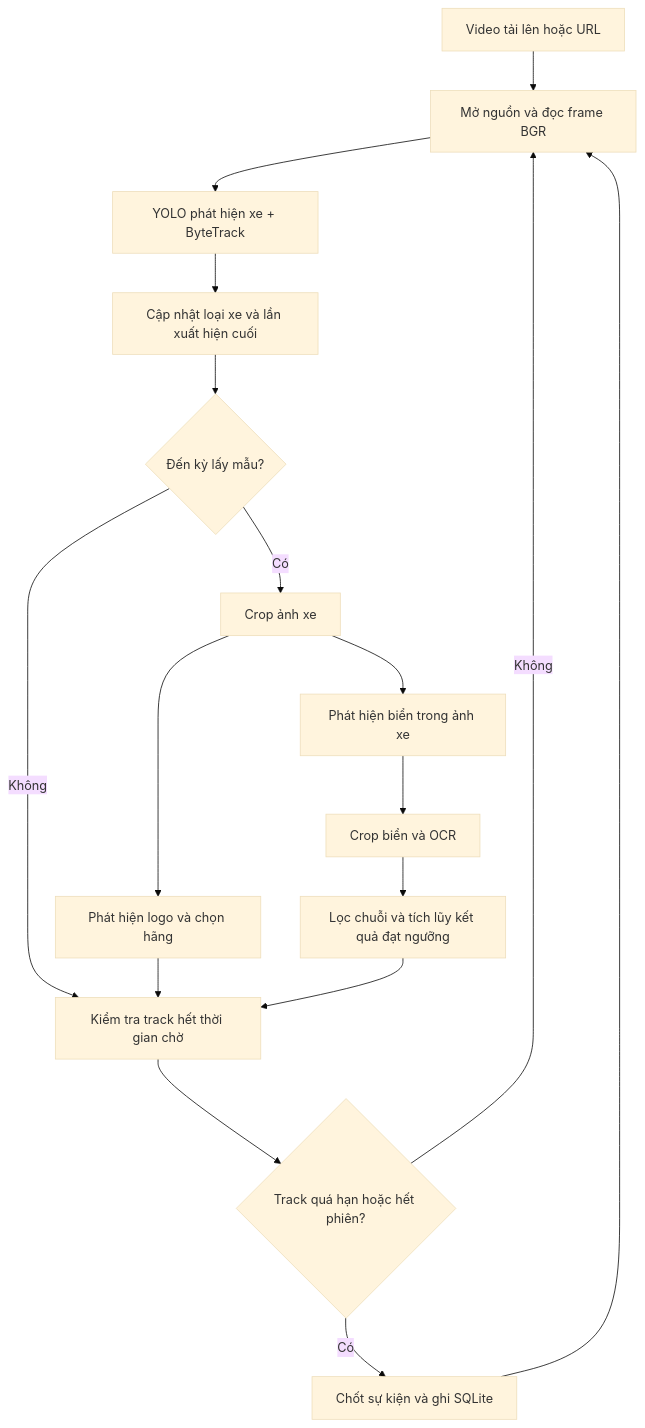
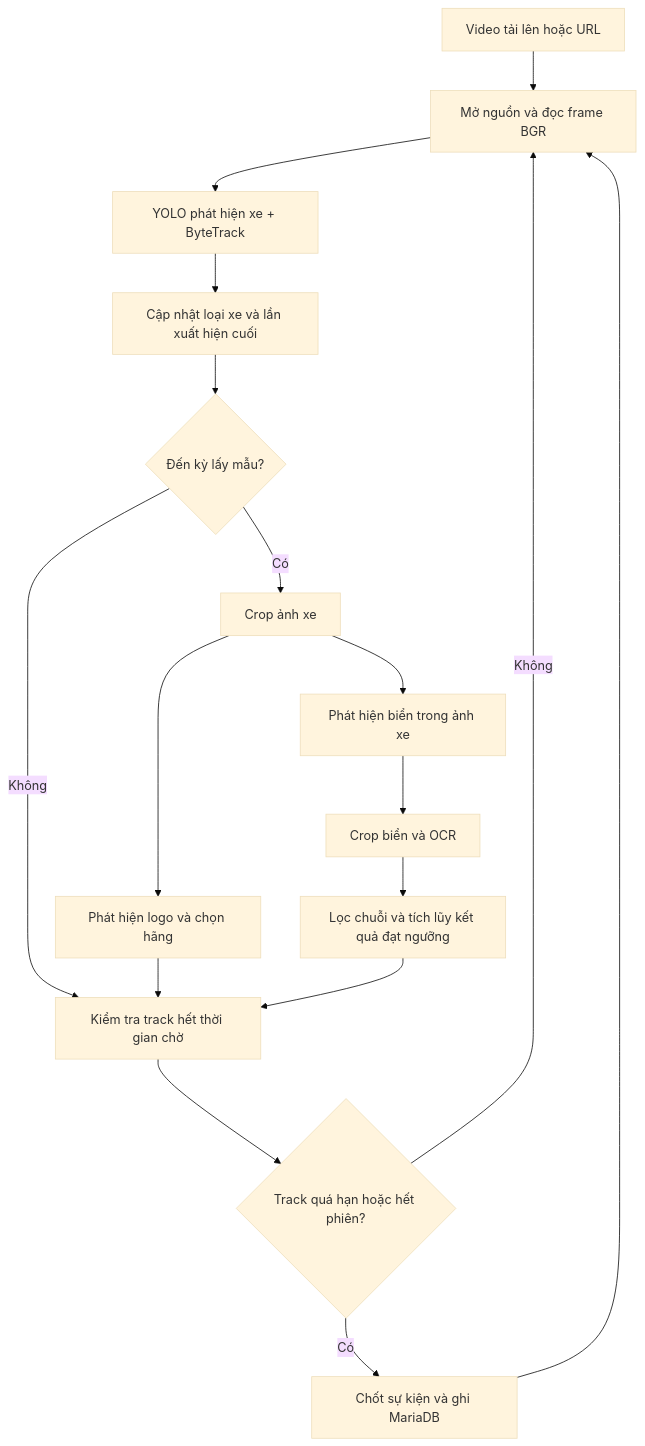
One commit to HaryNguyn/demo_stream_detect changed the diagram in docs/THUAT_TOAN_XU_LY.md. Above: the diagram before and after it, drawn with Mermaid (base theme). The commit also changed other lines of this file and 64 other files, not shown here.

````diff
--- a/docs/THUAT_TOAN_XU_LY.md
+++ b/docs/THUAT_TOAN_XU_LY.md
@@ -20,19 +20,19 @@
 ```mermaid
 flowchart TD
     A[Video tải lên hoặc URL] --> B[Mở nguồn và đọc frame BGR]
     B --> C[YOLO phát hiện xe + ByteTrack]
     C --> D[Cập nhật loại xe và lần xuất hiện cuối]
     D --> E{Đến kỳ lấy mẫu?}
     E -- Có --> F[Crop ảnh xe]
     F --> G[Phát hiện logo và chọn hãng]
     F --> H[Phát hiện biển trong ảnh xe]
     H --> I[Crop biển và OCR]
     I --> J[Lọc chuỗi và tích lũy kết quả đạt ngưỡng]
     E -- Không --> K[Kiểm tra track hết thời gian chờ]
     G --> K
     J --> K
     K --> L{Track quá hạn hoặc hết phiên?}
-    L -- Có --> M[Chốt sự kiện và ghi SQLite]
+    L -- Có --> M[Chốt sự kiện và ghi MariaDB]
     L -- Không --> B
     M --> B
 ```
````
